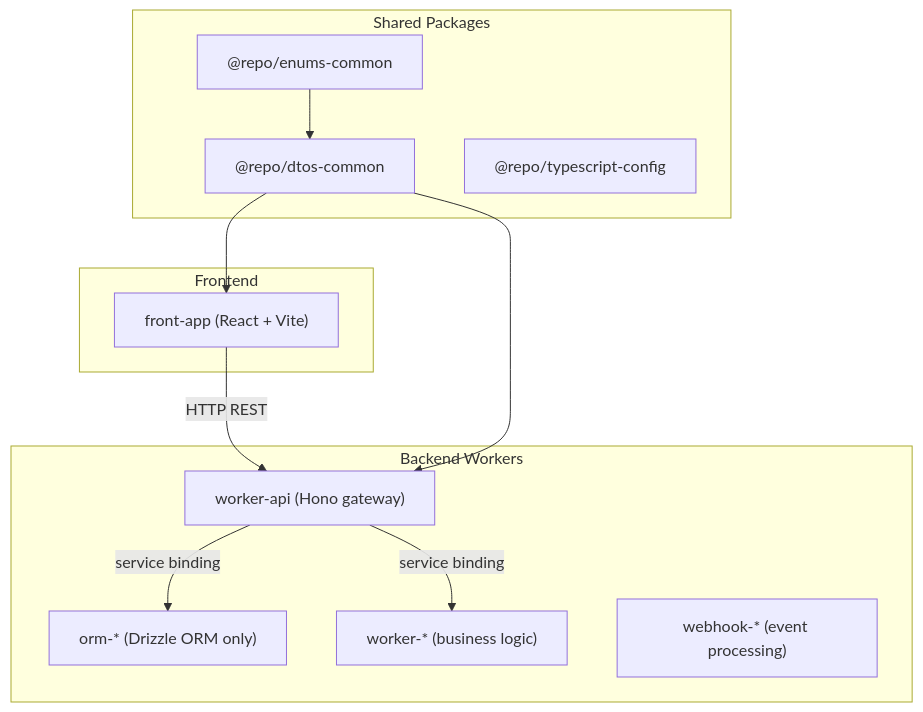
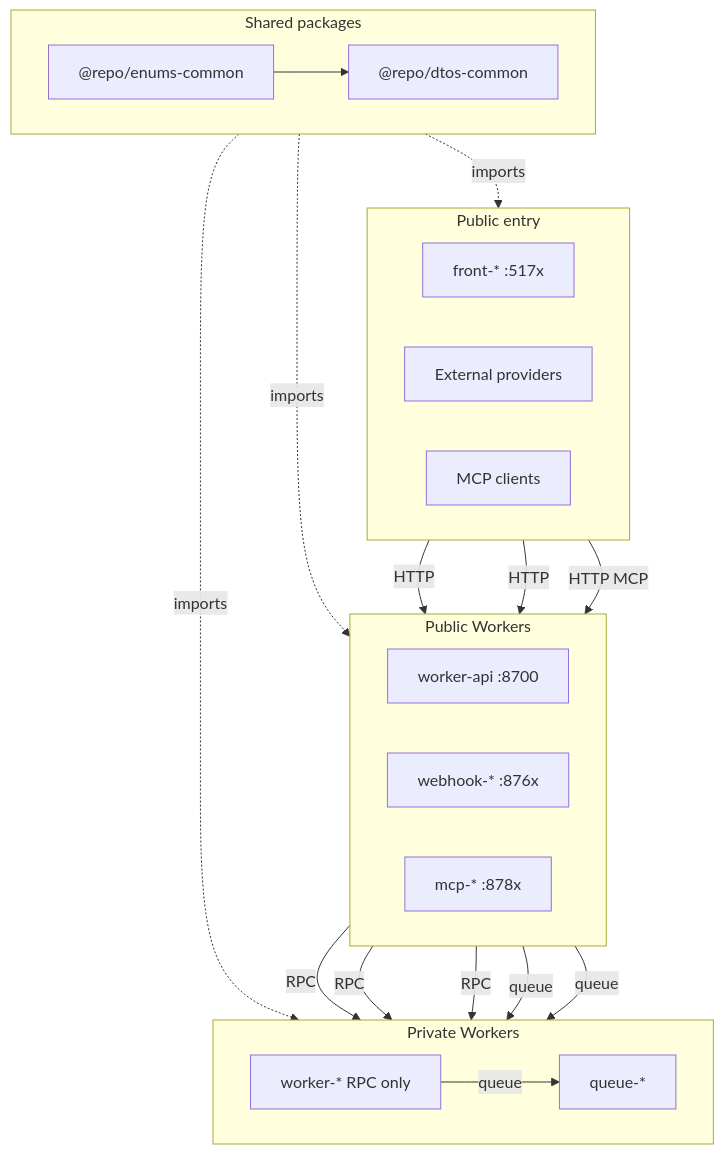
The diagram in AGENTS.md (louisbrulenaudet/monorepo-template), drawn with Mermaid before and after one commit. The commit also changed other lines of this file and 112 other files, not shown here.

````diff
--- a/AGENTS.md
+++ b/AGENTS.md
@@ -22,23 +20,45 @@
 ```mermaid
-flowchart TD
-  subgraph frontend [Frontend]
-    FrontApp["front-app (React + Vite)"]
+flowchart TB
+  subgraph entry [Public entry]
+    direction LR
+    Front["front-* :517x"]
+    Ext["External providers"]
+    McpClients["MCP clients"]
   end
-  subgraph backend [Backend Workers]
-    WorkerApi["worker-api (Hono gateway)"]
-    OrmWorker["orm-* (Drizzle ORM only)"]
-    BizWorker["worker-* (business logic)"]
-    WebhookWorker["webhook-* (event processing)"]
+
+  subgraph publicWorkers [Public Workers]
+    direction LR
+    Gateway["worker-api :8700"]
+    Webhook["webhook-* :876x"]
+    Mcp["mcp-* :878x"]
   end
-  subgraph shared [Shared Packages]
+
+  subgraph privateWorkers [Private Workers]
+    direction LR
+    Biz["worker-* RPC only"]
+    Queue["queue-*"]
+  end
+
+  subgraph shared [Shared packages]
+    direction LR
+    Enums["@repo/enums-common"]
     DTOs["@repo/dtos-common"]
-    Enums["@repo/enums-common"]
-    TSConfig["@repo/typescript-config"]
+    Enums --> DTOs
   end
-  FrontApp -->|"HTTP REST"| WorkerApi
-  WorkerApi -->|"service binding"| OrmWorker
-  WorkerApi -->|"service binding"| BizWorker
-  DTOs --> WorkerApi
-  DTOs --> FrontApp
-  Enums --> DTOs
+
+  Front -->|HTTP| Gateway
+  Ext -->|HTTP| Webhook
+  McpClients -->|HTTP MCP| Mcp
+
+  Gateway -->|RPC| Biz
+  Webhook -->|RPC| Biz
+  Mcp -->|RPC| Biz
+
+  Gateway -->|queue| Queue
+  Webhook -->|queue| Queue
+  Biz -->|queue| Queue
+
+  shared -.->|imports| Front
+  shared -.->|imports| publicWorkers
+  shared -.->|imports| privateWorkers
 ```
````
